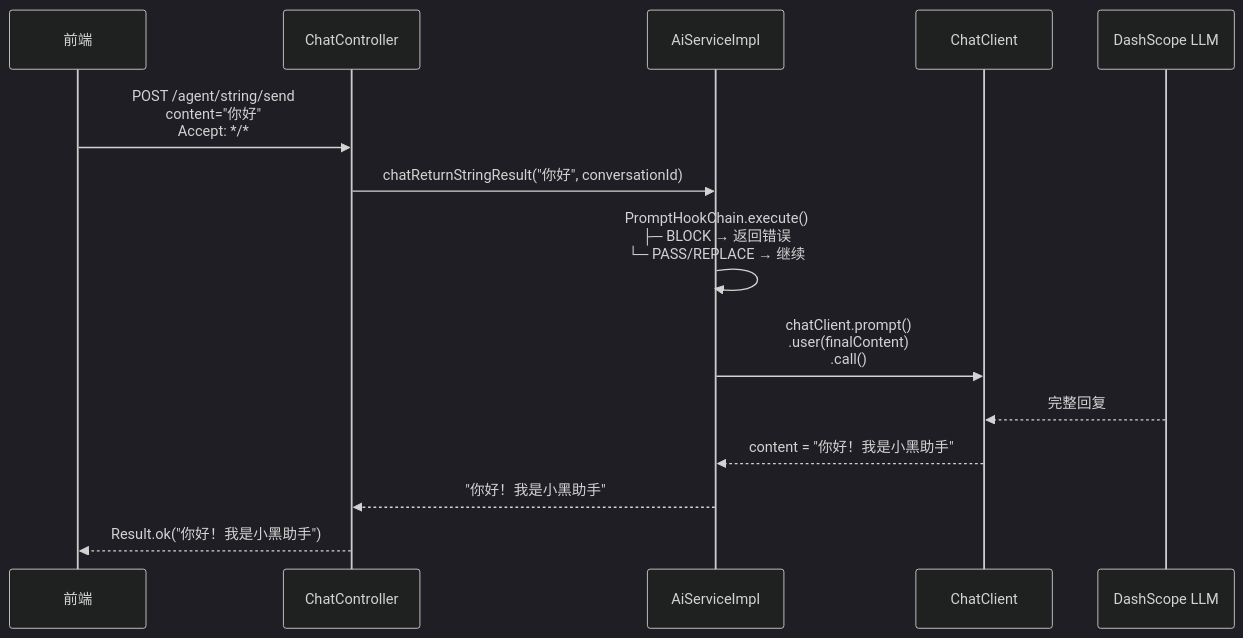
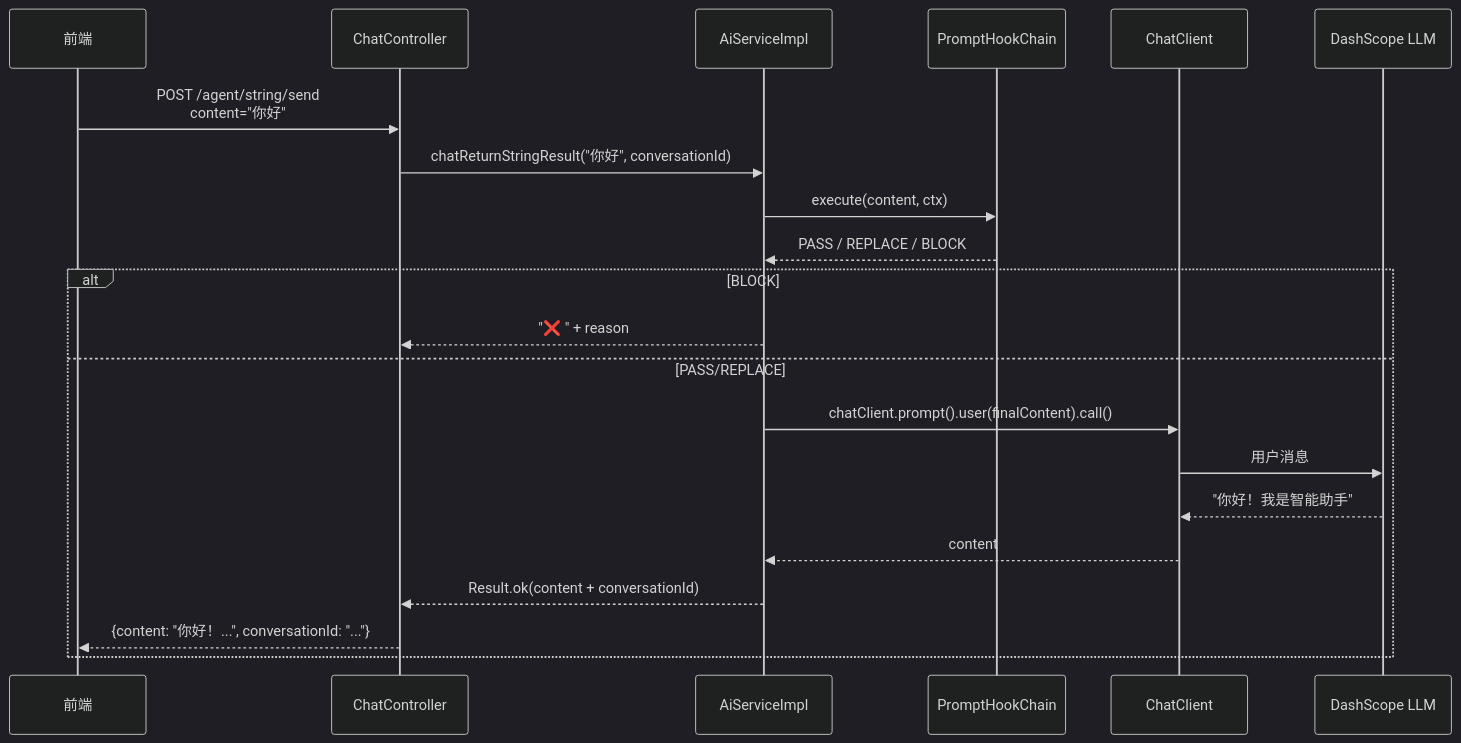
Before and after one commit to vacontinuejatotired/hm-dianping: the first of 3 diagrams in md/agent/Agent模块架构设计.md, drawn with Mermaid (dark theme). The commit also changed other lines of this file and 2 other files, not shown here.

First line of the commit message:
docs: 更新 Agent 模块文档，记录两阶段架构设计

````diff
--- a/md/agent/Agent模块架构设计.md
+++ b/md/agent/Agent模块架构设计.md
@@ -739,17 +497,24 @@
 ```mermaid
 sequenceDiagram
     participant Client as 前端
     participant CC as ChatController
     participant AS as AiServiceImpl
+    participant PromptHook as PromptHookChain
     participant CC2 as ChatClient
     participant LLM as DashScope LLM
-    
-    Client->>CC: POST /agent/string/send<br/>content="你好"<br/>Accept: */*
+
+    Client->>CC: POST /agent/string/send<br/>content="你好"
     CC->>AS: chatReturnStringResult("你好", conversationId)
-    AS->>AS: PromptHookChain.execute()<br/>├─ BLOCK → 返回错误<br/>└─ PASS/REPLACE → 继续
-    AS->>CC2: chatClient.prompt()<br/>.user(finalContent)<br/>.call()
-    LLM-->>CC2: 完整回复
-    CC2-->>AS: content = "你好！我是小黑助手"
-    AS-->>CC: "你好！我是小黑助手"
-    CC-->>Client: Result.ok("你好！我是小黑助手")
+    AS->>PromptHook: execute(content, ctx)
+    PromptHook-->>AS: PASS / REPLACE / BLOCK
+    alt BLOCK
+        AS-->>CC: "❌ " + reason
+    else PASS/REPLACE
+        AS->>CC2: chatClient.prompt().user(finalContent).call()
+        CC2->>LLM: 用户消息
+        LLM-->>CC2: "你好！我是智能助手"
+        CC2-->>AS: content
+        AS-->>CC: Result.ok(content + conversationId)
+        CC-->>Client: {content: "你好！...", conversationId: "..."}
+    end
 ```
````
